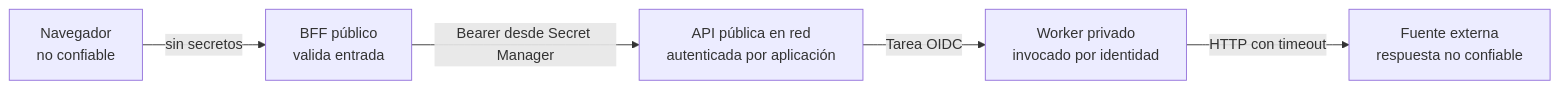
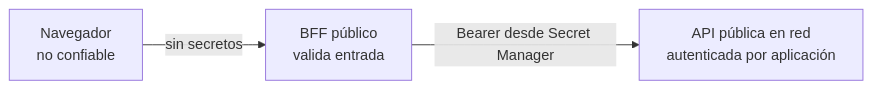
One commit to metaliaw/muchi changed the third of 3 diagrams in docs/arquitectura.md. Above: the diagram before and after it, drawn with Mermaid. The commit also changed other lines of this file and 17 other files, not shown here.

````diff
--- a/docs/arquitectura.md
+++ b/docs/arquitectura.md
@@ -267,13 +214,9 @@
 ```mermaid
 flowchart LR
     browser["Navegador<br/>no confiable"]
     bff["BFF público<br/>valida entrada"]
     api["API pública en red<br/>autenticada por aplicación"]
-    worker["Worker privado<br/>invocado por identidad"]
-    vendor["Fuente externa<br/>respuesta no confiable"]
 
     browser -->|"sin secretos"| bff
     bff -->|"Bearer desde Secret Manager"| api
-    api -->|"Tarea OIDC"| worker
-    worker -->|"HTTP con timeout"| vendor
 ```
````
